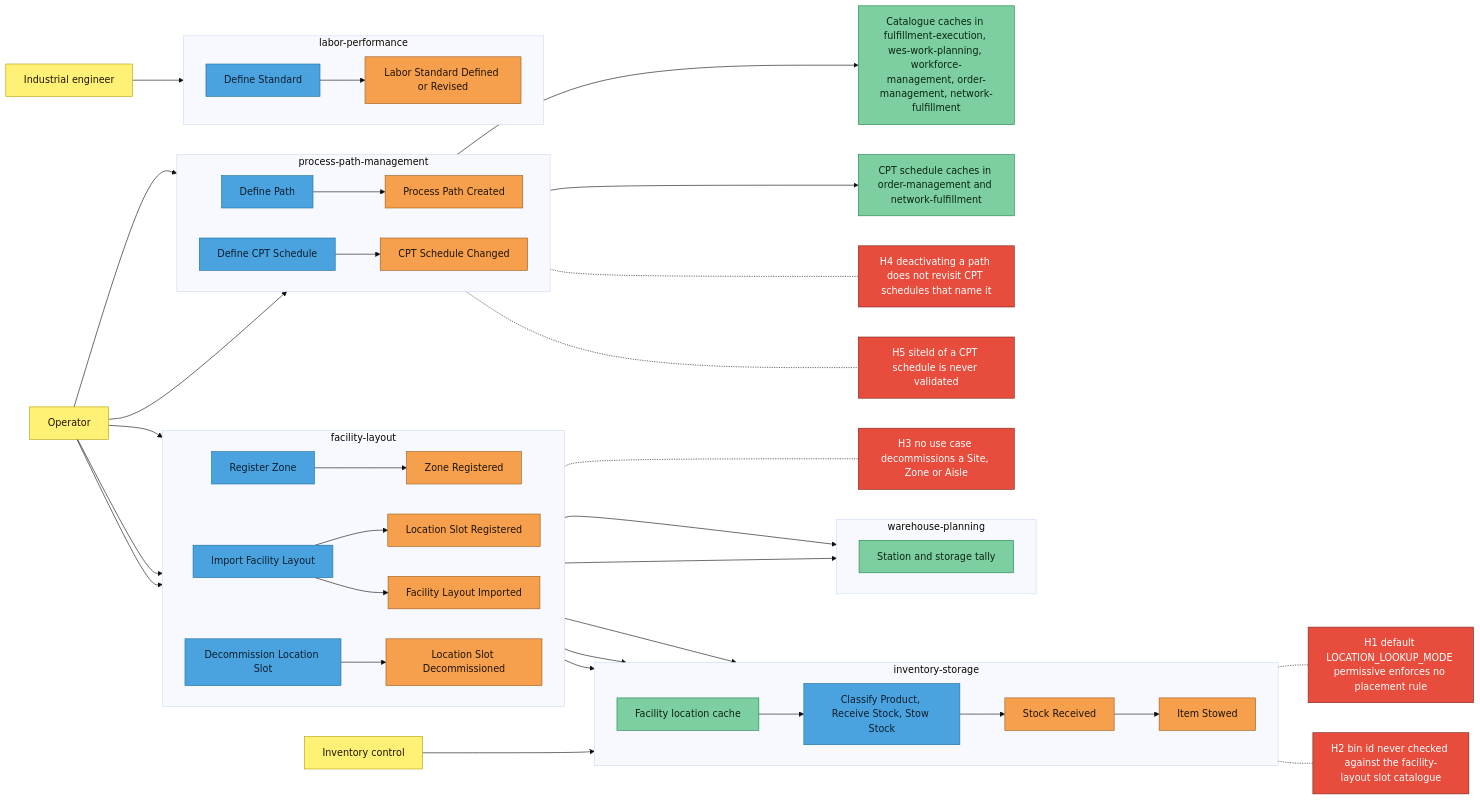
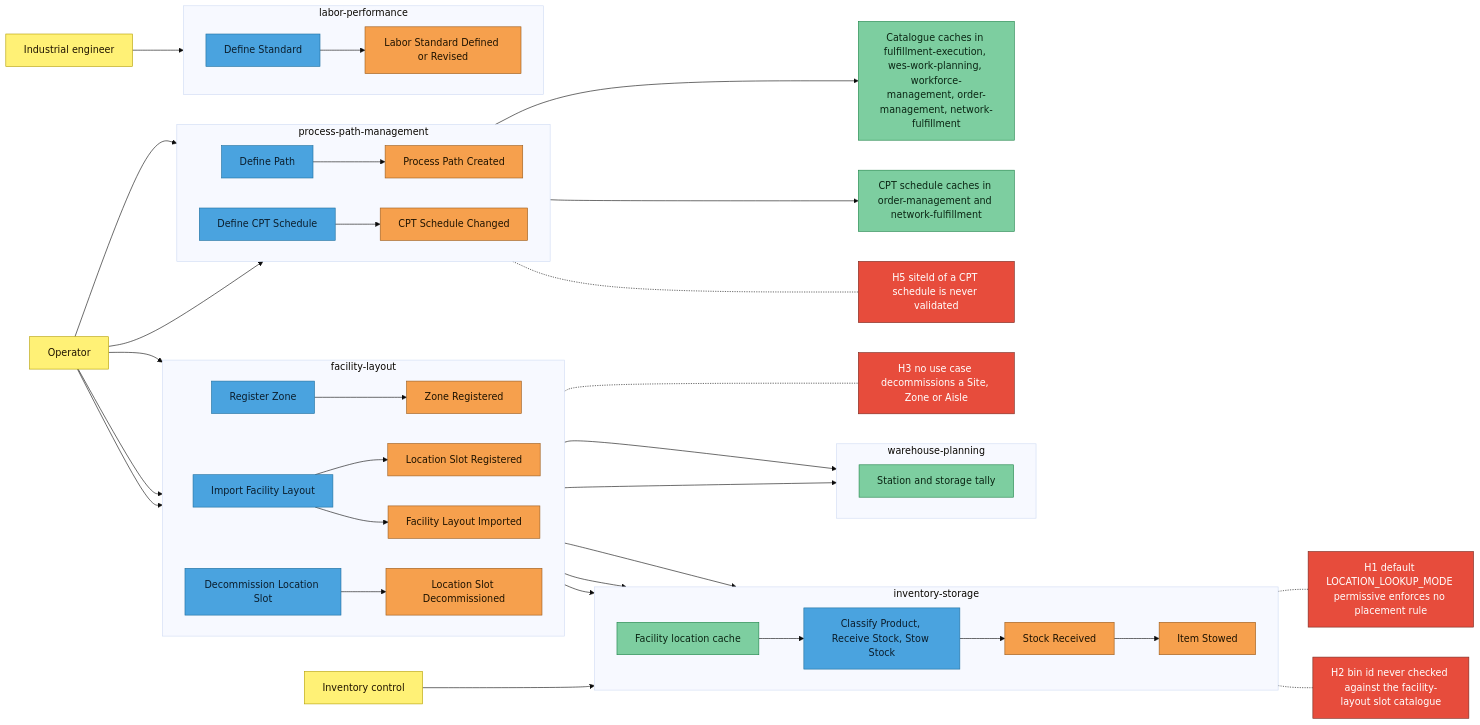
The third of 7 diagrams in docs/strategic-design/eventstorming-big-picture.md (IQVO/warehouse-docs), drawn with Mermaid (base theme) before and after one commit. The commit also changed other lines of this file and 107 other files, not shown here.

````diff
--- a/docs/strategic-design/eventstorming-big-picture.md
+++ b/docs/strategic-design/eventstorming-big-picture.md
@@ -185,75 +185,73 @@
 ```mermaid
 flowchart LR
     OP["Operator"]:::actor
     IE["Industrial engineer"]:::actor
     IC["Inventory control"]:::actor
     subgraph S_FL["facility-layout"]
         direction LR
         C1["Register Zone"]:::command
         E1["Zone Registered"]:::event
         C2["Import Facility Layout"]:::command
         E2["Location Slot Registered"]:::event
         E3["Facility Layout Imported"]:::event
         C3["Decommission Location Slot"]:::command
         E4["Location Slot Decommissioned"]:::event
     end
     subgraph S_PPM["process-path-management"]
         direction LR
         C4["Define Path"]:::command
         E5["Process Path Created"]:::event
         C5["Define CPT Schedule"]:::command
         E6["CPT Schedule Changed"]:::event
     end
     subgraph S_LP["labor-performance"]
         direction LR
         C6["Define Standard"]:::command
         E7["Labor Standard Defined or Revised"]:::event
     end
     subgraph S_INV["inventory-storage"]
         direction LR
         R1["Facility location cache"]:::readmodel
         C7["Classify Product, Receive Stock, Stow Stock"]:::command
         E8["Stock Received"]:::event
         E9["Item Stowed"]:::event
     end
     subgraph S_WPL["warehouse-planning"]
         direction LR
         R2["Station and storage tally"]:::readmodel
     end
     R3["Catalogue caches in fulfillment-execution, wes-work-planning, workforce-management, order-management, network-fulfillment"]:::readmodel
     R4["CPT schedule caches in order-management and network-fulfillment"]:::readmodel
 
     OP --> C1 --> E1 --> R1
     OP --> C2 --> E2
     C2 --> E3
     E2 --> R1
     E2 --> R2
     OP --> C3 --> E4
     E4 --> R1
     E4 --> R2
     OP --> C4 --> E5 --> R3
     OP --> C5 --> E6 --> R4
     IE --> C6 --> E7
     IC --> C7 --> E8 --> E9
     R1 --> C7
 
     H1["H1 default LOCATION_LOOKUP_MODE permissive enforces no placement rule"]:::hotspot
     H2["H2 bin id never checked against the facility-layout slot catalogue"]:::hotspot
     H3["H3 no use case decommissions a Site, Zone or Aisle"]:::hotspot
-    H4["H4 deactivating a path does not revisit CPT schedules that name it"]:::hotspot
     H5["H5 siteId of a CPT schedule is never validated"]:::hotspot
     R1 -.- H1
     C7 -.- H2
     C3 -.- H3
-    E5 -.- H4
     E6 -.- H5
 
     classDef actor fill:#fff176,stroke:#b59f00,color:#1f1300
     classDef command fill:#4aa3df,stroke:#1f6f9f,color:#0b1e2d
     classDef event fill:#f6a04d,stroke:#9a5b1c,color:#1f1300
     classDef pivotal fill:#f6a04d,stroke:#000000,stroke-width:5px,color:#1f1300,font-weight:bold
     classDef policy fill:#c39bd3,stroke:#7d3c98,color:#1f0f26
     classDef readmodel fill:#7dcea0,stroke:#1e8449,color:#0b2614
     classDef external fill:#f1948a,stroke:#922b21,color:#2b0a07
     classDef hotspot fill:#e74c3c,stroke:#78281f,color:#ffffff
 ```
````
